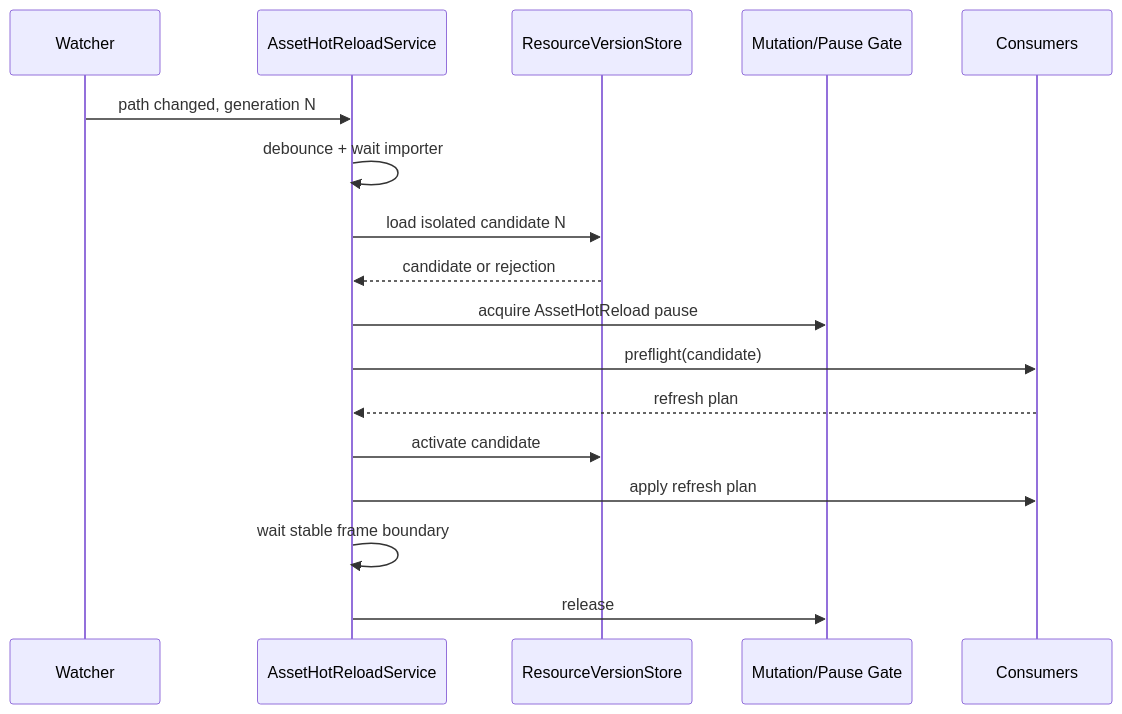
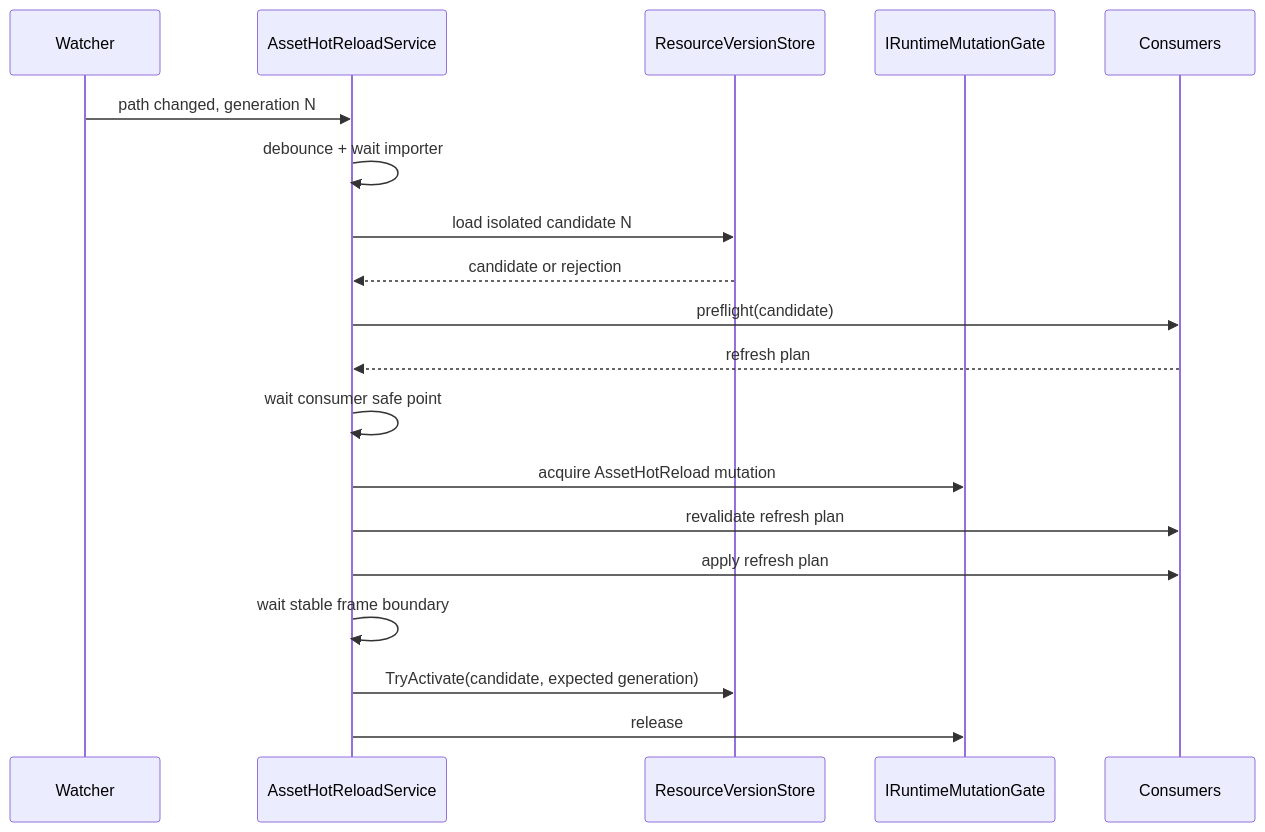
The second of 2 diagrams in docs/asset-hot-reload.md (pakholeung37/majo-novel), drawn with Mermaid before and after one commit. The commit also changed other lines of this file and 1 other file, not shown here.

Commit message:
add asset-hot-reload

````diff
--- a/docs/asset-hot-reload.md
+++ b/docs/asset-hot-reload.md
@@ -275,20 +361,22 @@
 ```mermaid
 sequenceDiagram
     participant W as Watcher
     participant H as AssetHotReloadService
     participant R as ResourceVersionStore
-    participant G as Mutation/Pause Gate
+    participant G as IRuntimeMutationGate
     participant C as Consumers
 
     W->>H: path changed, generation N
     H->>H: debounce + wait importer
     H->>R: load isolated candidate N
     R-->>H: candidate or rejection
-    H->>G: acquire AssetHotReload pause
     H->>C: preflight(candidate)
     C-->>H: refresh plan
-    H->>R: activate candidate
+    H->>H: wait consumer safe point
+    H->>G: acquire AssetHotReload mutation
+    H->>C: revalidate refresh plan
     H->>C: apply refresh plan
     H->>H: wait stable frame boundary
+    H->>R: TryActivate(candidate, expected generation)
     H->>G: release
 ```
````
